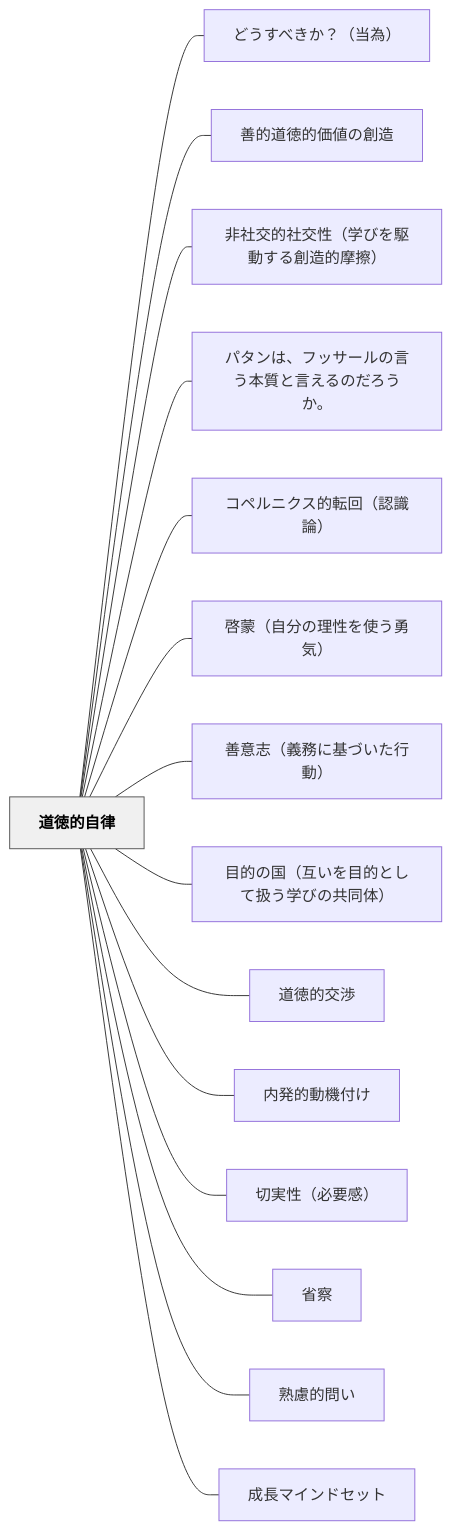
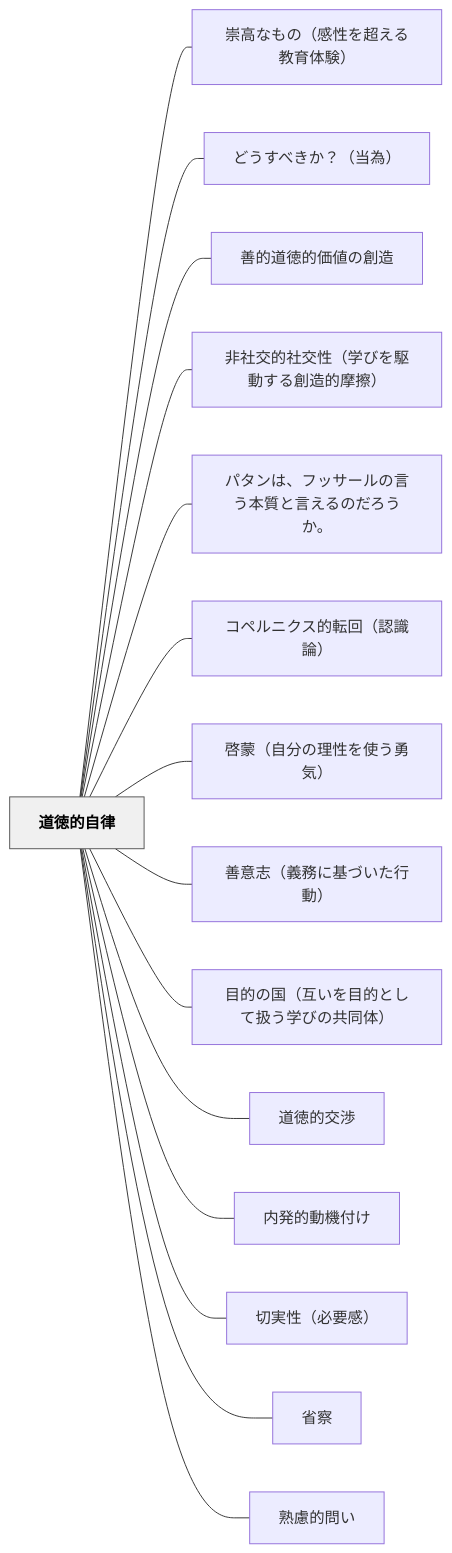
One commit to unknownthings-ed-patterns/unknownthings-ed-patterns changed the diagram in content/パタン/道徳的自律.md. Above: the diagram before and after it, drawn with Mermaid. The commit also changed other lines of this file and 14 other files, not shown here.

````diff
--- a/content/パタン/道徳的自律.md
+++ b/content/パタン/道徳的自律.md
@@ -123,36 +124,36 @@
 ```mermaid
 flowchart LR
     ne98193e5beb3e79a84e887aae5be8b["道徳的自律"]
+    ne5b487e9ab98e381aae38282e381aeefbc88e6849fe680a7e38292e8b685e38188e3828be69599e882b2e4bd93e9a893efbc89["崇高なもの（感性を超える教育体験）"]
     ne381a9e38186e38199e381b9e3818de3818befbc9fefbc88e5bd93e782baefbc89["どうすべきか？（当為）"]
     ne59684e79a84e98193e5beb3e79a84e4bea1e580a4e381aee589b5e980a0["善的道徳的価値の創造"]
     ne99d9ee7a4bee4baa4e79a84e7a4bee4baa4e680a7efbc88e5ada6e381b3e38292e9a786e58b95e38199e3828be589b5e980a0e79a84e691a9e693a6efbc89["非社交的社交性（学びを駆動する創造的摩擦）"]
     ne38391e382bfe383b3e381afe38081e38395e38383e382b5e383bce383abe381aee8a880e38186e69cace8b3aae381a8e8a880e38188e3828be381aee381a0e3828de38186e3818be38082["パタンは、フッサールの言う本質と言えるのだろうか。"]
     ne382b3e3839ae383abe3838be382afe382b9e79a84e8bba2e59b9eefbc88e8aa8de8ad98e8ab96efbc89["コペルニクス的転回（認識論）"]
     ne59593e89299efbc88e887aae58886e381aee79086e680a7e38292e4bdbfe38186e58b87e6b097efbc89["啓蒙（自分の理性を使う勇気）"]
     ne59684e6848fe5bf97efbc88e7bea9e58b99e381abe59fbae381a5e38184e3819fe8a18ce58b95efbc89["善意志（義務に基づいた行動）"]
     ne79baee79a84e381aee59bbdefbc88e4ba92e38184e38292e79baee79a84e381a8e38197e381a6e689b1e38186e5ada6e381b3e381aee585b1e5908ce4bd93efbc89["目的の国（互いを目的として扱う学びの共同体）"]
     ne98193e5beb3e79a84e4baa4e6b889["道徳的交渉"]
     ne58685e799bae79a84e58b95e6a99fe4bb98e38191["内発的動機付け"]
     ne58887e5ae9fe680a7efbc88e5bf85e8a681e6849fefbc89["切実性（必要感）"]
     ne79c81e5af9f["省察"]
     ne7869fe685aee79a84e5958fe38184["熟慮的問い"]
-    ne68890e995b7e3839ee382a4e383b3e38389e382bbe38383e38388["成長マインドセット"]
 
+    ne98193e5beb3e79a84e887aae5be8b --- ne5b487e9ab98e381aae38282e381aeefbc88e6849fe680a7e38292e8b685e38188e3828be69599e882b2e4bd93e9a893efbc89
     ne98193e5beb3e79a84e887aae5be8b --- ne381a9e38186e38199e381b9e3818de3818befbc9fefbc88e5bd93e782baefbc89
     ne98193e5beb3e79a84e887aae5be8b --- ne59684e79a84e98193e5beb3e79a84e4bea1e580a4e381aee589b5e980a0
     ne98193e5beb3e79a84e887aae5be8b --- ne99d9ee7a4bee4baa4e79a84e7a4bee4baa4e680a7efbc88e5ada6e381b3e38292e9a786e58b95e38199e3828be589b5e980a0e79a84e691a9e693a6efbc89
     ne98193e5beb3e79a84e887aae5be8b --- ne38391e382bfe383b3e381afe38081e38395e38383e382b5e383bce383abe381aee8a880e38186e69cace8b3aae381a8e8a880e38188e3828be381aee381a0e3828de38186e3818be38082
     ne98193e5beb3e79a84e887aae5be8b --- ne382b3e3839ae383abe3838be382afe382b9e79a84e8bba2e59b9eefbc88e8aa8de8ad98e8ab96efbc89
     ne98193e5beb3e79a84e887aae5be8b --- ne59593e89299efbc88e887aae58886e381aee79086e680a7e38292e4bdbfe38186e58b87e6b097efbc89
     ne98193e5beb3e79a84e887aae5be8b --- ne59684e6848fe5bf97efbc88e7bea9e58b99e381abe59fbae381a5e38184e3819fe8a18ce58b95efbc89
     ne98193e5beb3e79a84e887aae5be8b --- ne79baee79a84e381aee59bbdefbc88e4ba92e38184e38292e79baee79a84e381a8e38197e381a6e689b1e38186e5ada6e381b3e381aee585b1e5908ce4bd93efbc89
     ne98193e5beb3e79a84e887aae5be8b --- ne98193e5beb3e79a84e4baa4e6b889
     ne98193e5beb3e79a84e887aae5be8b --- ne58685e799bae79a84e58b95e6a99fe4bb98e38191
     ne98193e5beb3e79a84e887aae5be8b --- ne58887e5ae9fe680a7efbc88e5bf85e8a681e6849fefbc89
     ne98193e5beb3e79a84e887aae5be8b --- ne79c81e5af9f
     ne98193e5beb3e79a84e887aae5be8b --- ne7869fe685aee79a84e5958fe38184
-    ne98193e5beb3e79a84e887aae5be8b --- ne68890e995b7e3839ee382a4e383b3e38389e382bbe38383e38388
 
     classDef hub fill:#f0f0f0,stroke:#555,color:#000,font-weight:bold
     class ne98193e5beb3e79a84e887aae5be8b hub
 ```
````
